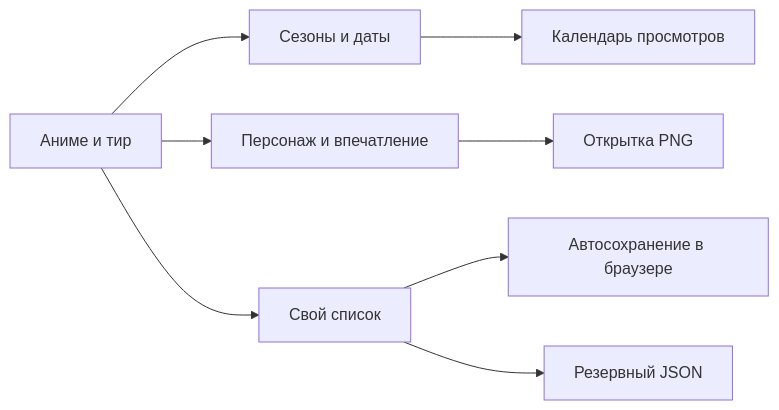
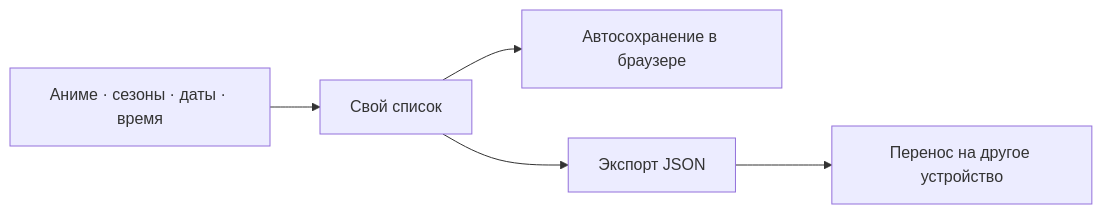
Before and after one commit to geraltschwarzenegger-svg/myTierAnime: the diagram in README.md, drawn with Mermaid. The commit also changed other lines of this file and 20 other files, not shown here.

````diff
--- a/README.md
+++ b/README.md
@@ -202,10 +143,7 @@
 ```mermaid
 flowchart LR
-    A[Аниме и тир] --> B[Сезоны и даты]
-    B --> C[Календарь просмотров]
-    A --> D[Персонаж и впечатление]
-    D --> E[Открытка PNG]
-    A --> F[Свой список]
-    F --> G[Автосохранение в браузере]
-    F --> H[Резервный JSON]
+    A[Аниме · сезоны · даты · время] --> B[Свой список]
+    B --> C[Автосохранение в браузере]
+    B --> D[Экспорт JSON]
+    D --> E[Перенос на другое устройство]
 ```
````
